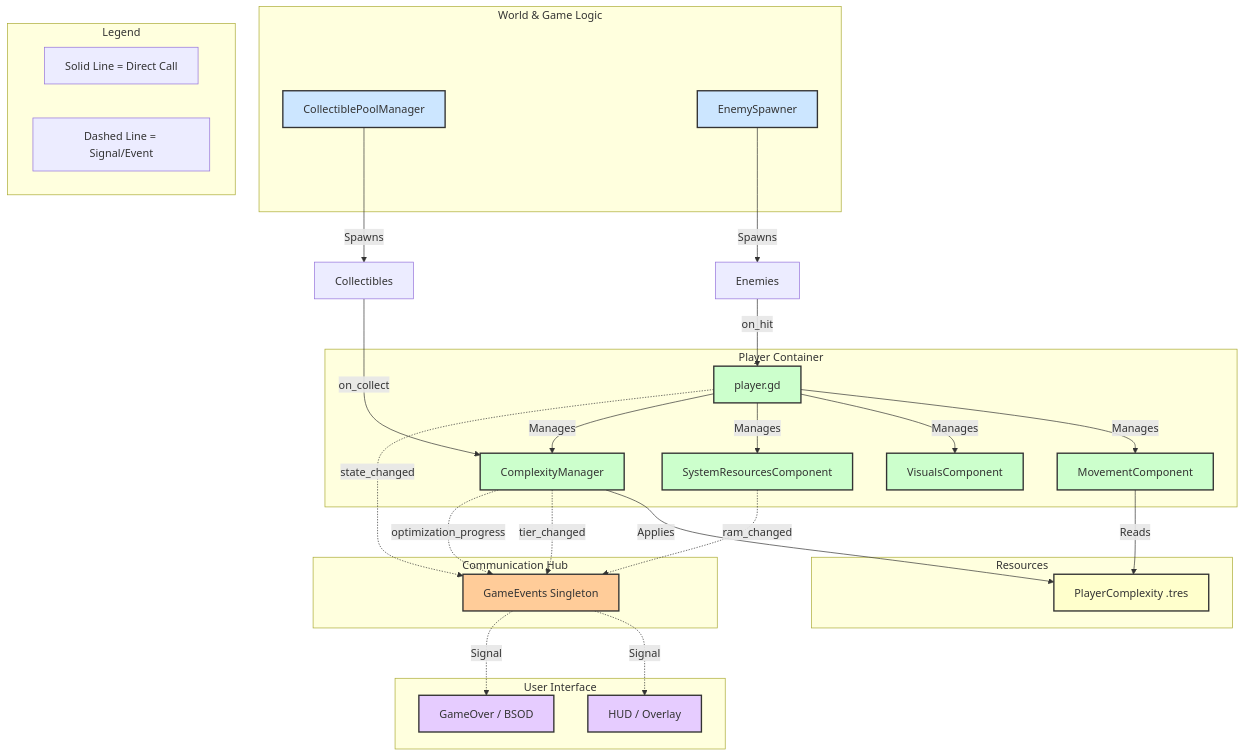
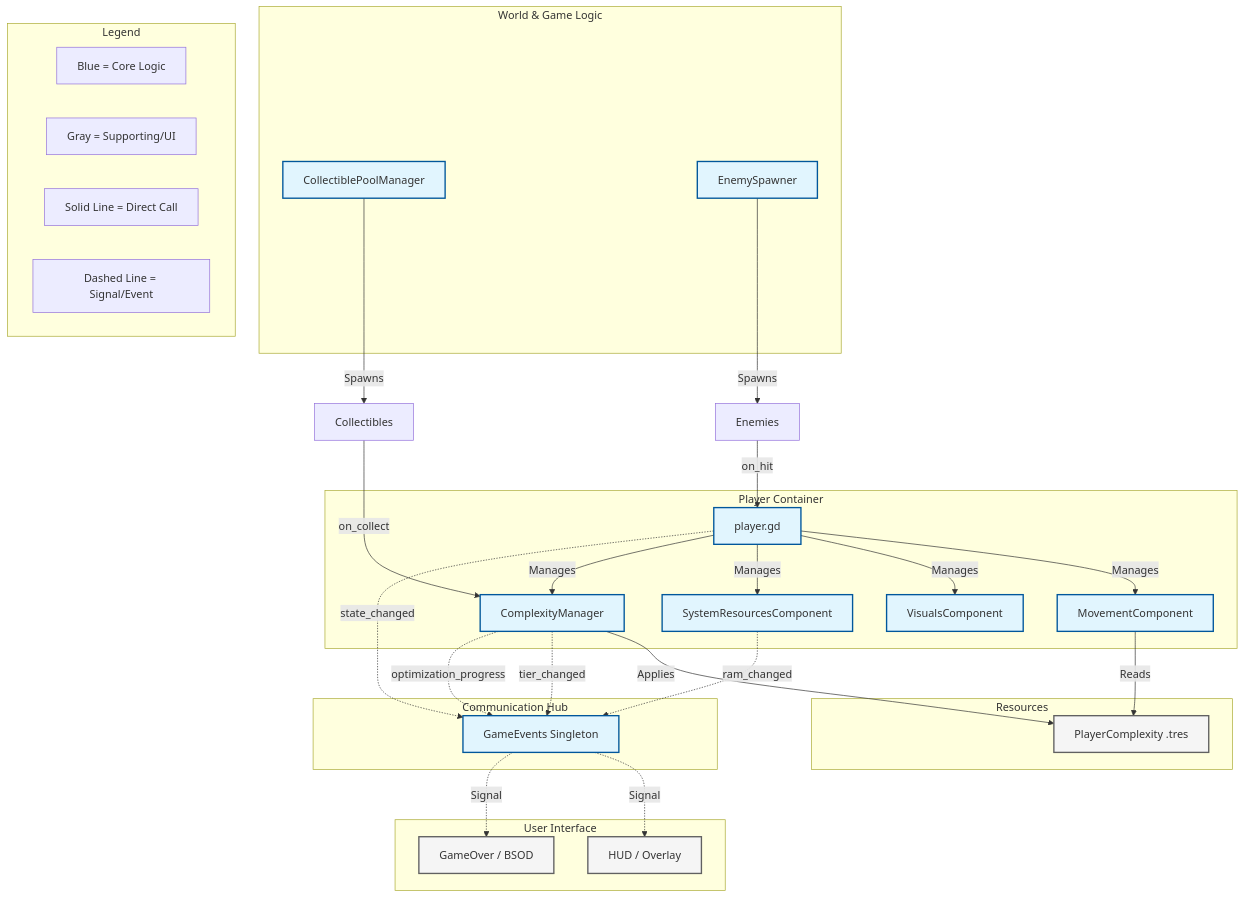
Before and after one commit to sizzlingsisig/big-o: the first of 3 diagrams in docs/diagram.md, drawn with Mermaid.

Commit message:
chore: fixed color format

````diff
--- a/docs/diagram.md
+++ b/docs/diagram.md
@@ -9,71 +9,70 @@
 ```mermaid
 graph TD
-    %% Styling
-    classDef singleton fill:#ffcc99,stroke:#333,stroke-width:2px;
-    classDef playerComp fill:#ccffcc,stroke:#333,stroke-width:2px;
-    classDef resource fill:#ffffcc,stroke:#333,stroke-width:2px;
-    classDef ui fill:#e6ccff,stroke:#333,stroke-width:2px;
-    classDef manager fill:#cce6ff,stroke:#333,stroke-width:2px;
+    %% Simplified Styling
+    classDef core fill:#e1f5fe,stroke:#01579b,stroke-width:2px;
+    classDef aux fill:#f5f5f5,stroke:#616161,stroke-width:2px;
 
     subgraph World_Systems [World & Game Logic]
         CM[CollectiblePoolManager]
         ES[EnemySpawner]
     end
-    class CM,ES manager;
+    class CM,ES core;
 
     subgraph Global_Bus [Communication Hub]
         GE[GameEvents Singleton]
     end
-    class GE singleton;
+    class GE core;
 
     subgraph Player_Entity [Player Container]
         P[player.gd]
         MC[MovementComponent]
         VC[VisualsComponent]
         SRC[SystemResourcesComponent]
         CXM[ComplexityManager]
     end
-    class P,MC,VC,SRC,CXM playerComp;
+    class P,MC,VC,SRC,CXM core;
 
     subgraph Config_Data [Resources]
         PCR[PlayerComplexity .tres]
     end
-    class PCR resource;
+    class PCR aux;
 
     subgraph UI_Layer [User Interface]
         HUD[HUD / Overlay]
         GOS[GameOver / BSOD]
     end
-    class HUD,GOS ui;
+    class HUD,GOS aux;
 
     %% Logic Connections (Direct Calls)
     P -->|Manages| MC
     P -->|Manages| VC
     P -->|Manages| SRC
     P -->|Manages| CXM
     
     CXM -->|Applies| PCR
     MC -->|Reads| PCR
 
     %% Event Bus Flow (Signals)
     SRC -.->|ram_changed| GE
     CXM -.->|tier_changed| GE
     CXM -.->|optimization_progress| GE
     P -.->|state_changed| GE
     
     GE -.->|Signal| HUD
     GE -.->|Signal| GOS
 
     %% World Interactions
     CM -->|Spawns| COL[Collectibles]
     ES -->|Spawns| EN[Enemies]
     
     COL -->|on_collect| CXM
     EN -->|on_hit| P
 
     %% Legend
     subgraph Legend
-        L1[Solid Line = Direct Call]
-        L2[Dashed Line = Signal/Event]
+        L1[Blue = Core Logic]
+        L2[Gray = Supporting/UI]
+        L3[Solid Line = Direct Call]
+        L4[Dashed Line = Signal/Event]
     end
 ```
````
